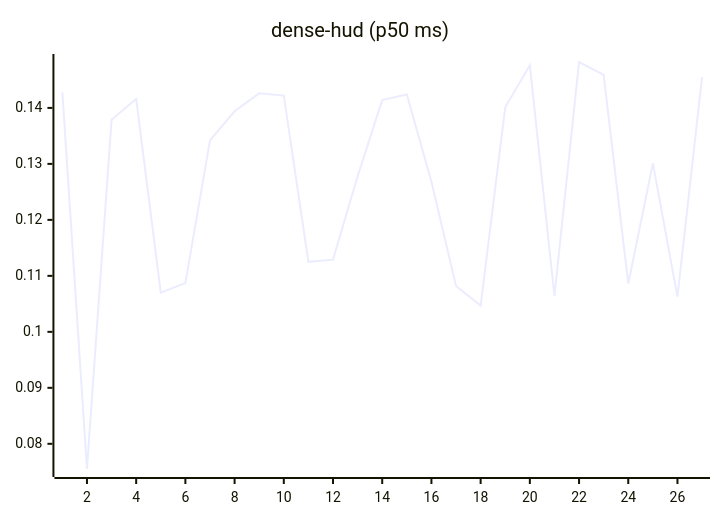
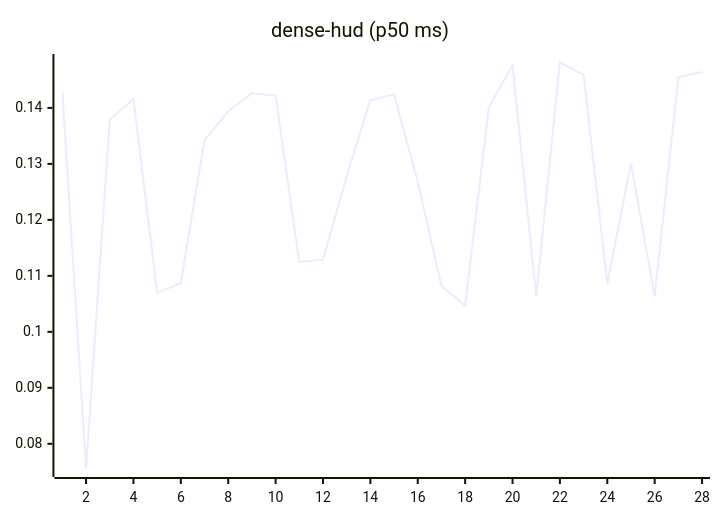
One commit to josha/Facet changed the eighth of 27 diagrams in README.md. Above: the diagram before and after it, drawn with Mermaid. The commit also changed other lines of this file and 2 other files, not shown here.

````diff
--- a/README.md
+++ b/README.md
@@ -112,6 +112,6 @@
 ```mermaid
 xychart-beta
     title "dense-hud (p50 ms)"
-    x-axis 1 --> 27
-    line [0.1428, 0.0755, 0.1379, 0.1416, 0.1070, 0.1087, 0.1342, 0.1394, 0.1426, 0.1422, 0.1125, 0.1129, 0.1278, 0.1414, 0.1424, 0.1268, 0.1082, 0.1047, 0.1401, 0.1476, 0.1064, 0.1482, 0.1459, 0.1086, 0.1301, 0.1063, 0.1455]
+    x-axis 1 --> 28
+    line [0.1428, 0.0755, 0.1379, 0.1416, 0.1070, 0.1087, 0.1342, 0.1394, 0.1426, 0.1422, 0.1125, 0.1129, 0.1278, 0.1414, 0.1424, 0.1268, 0.1082, 0.1047, 0.1401, 0.1476, 0.1064, 0.1482, 0.1459, 0.1086, 0.1301, 0.1063, 0.1455, 0.1464]
 ```
````
